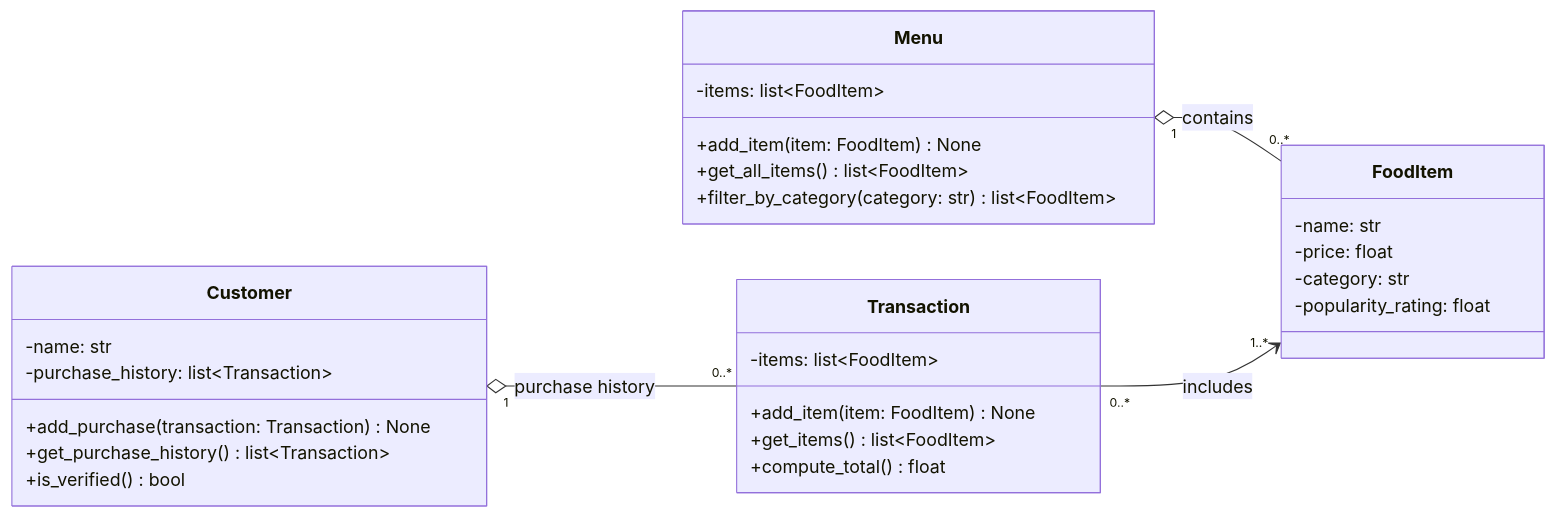
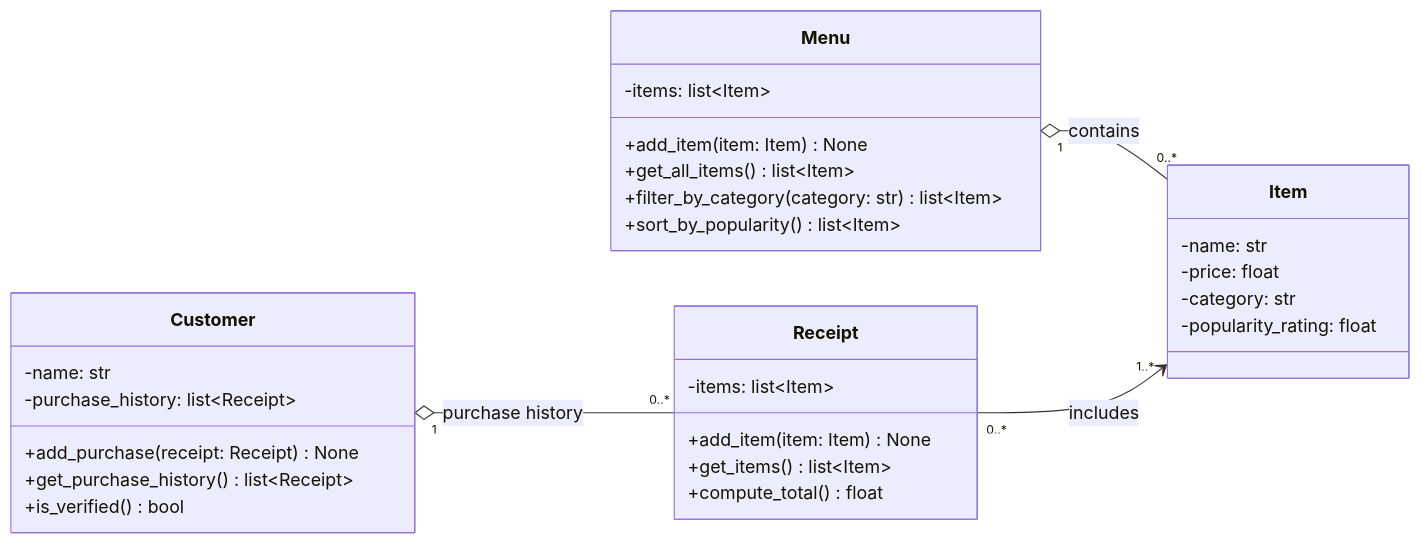
The diagram in bytebites_class_diagram.md (FAUDMilligan/bytebites_tinker_activity), drawn with Mermaid before and after one commit. The commit also changed other lines of this file and 1 other file, not shown here.

Commit message:
Refine verification check and sync UML diagram with models.py

````diff
--- a/bytebites_class_diagram.md
+++ b/bytebites_class_diagram.md
@@ -3,37 +3,38 @@
 ```mermaid
 classDiagram
     direction LR
 
     class Customer {
         -name: str
-        -purchase_history: list~Transaction~
-        +add_purchase(transaction: Transaction) None
-        +get_purchase_history() list~Transaction~
+        -purchase_history: list~Receipt~
+        +add_purchase(receipt: Receipt) None
+        +get_purchase_history() list~Receipt~
         +is_verified() bool
     }
 
-    class FoodItem {
+    class Item {
         -name: str
         -price: float
         -category: str
         -popularity_rating: float
     }
 
     class Menu {
-        -items: list~FoodItem~
-        +add_item(item: FoodItem) None
-        +get_all_items() list~FoodItem~
-        +filter_by_category(category: str) list~FoodItem~
+        -items: list~Item~
+        +add_item(item: Item) None
+        +get_all_items() list~Item~
+        +filter_by_category(category: str) list~Item~
+        +sort_by_popularity() list~Item~
     }
 
-    class Transaction {
-        -items: list~FoodItem~
-        +add_item(item: FoodItem) None
-        +get_items() list~FoodItem~
+    class Receipt {
+        -items: list~Item~
+        +add_item(item: Item) None
+        +get_items() list~Item~
         +compute_total() float
     }
 
-    Customer "1" o-- "0..*" Transaction : purchase history
-    Menu "1" o-- "0..*" FoodItem : contains
-    Transaction "0..*" --> "1..*" FoodItem : includes
+    Customer "1" o-- "0..*" Receipt : purchase history
+    Menu "1" o-- "0..*" Item : contains
+    Receipt "0..*" --> "1..*" Item : includes
 ```
````
